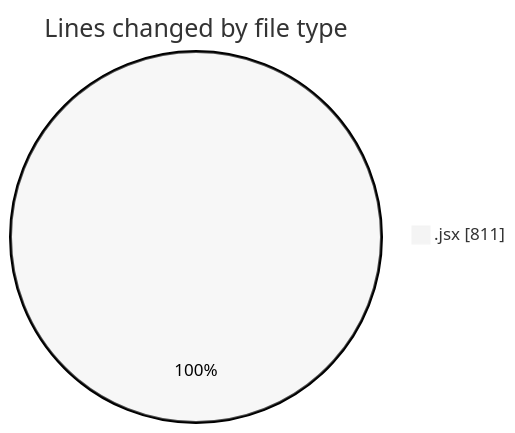
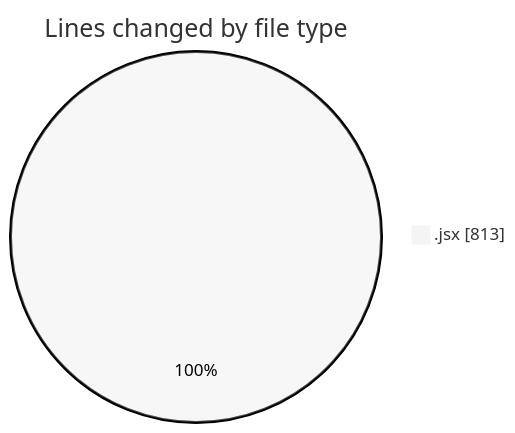
One commit to nxtqubesakshisongat/code-tracking changed the first of 2 diagrams in 2025-06-03/nxtqube_webapp/README.md. Above: the diagram before and after it, drawn with Mermaid (neutral theme). The commit also changed other lines of this file and 1 other file, not shown here.

````diff
--- a/2025-06-03/nxtqube_webapp/README.md
+++ b/2025-06-03/nxtqube_webapp/README.md
@@ -20,5 +20,5 @@
 ```mermaid
 pie showData
 title Lines changed by file type
-".jsx" : 811
+".jsx" : 813
 ```
````
